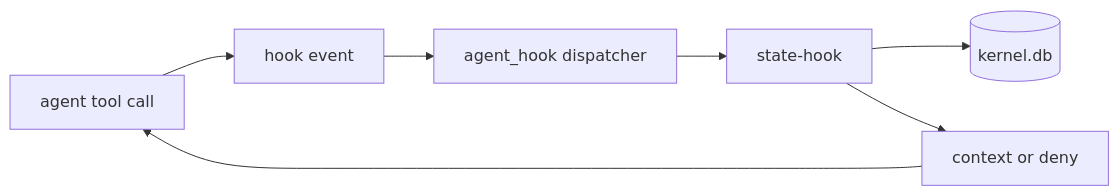
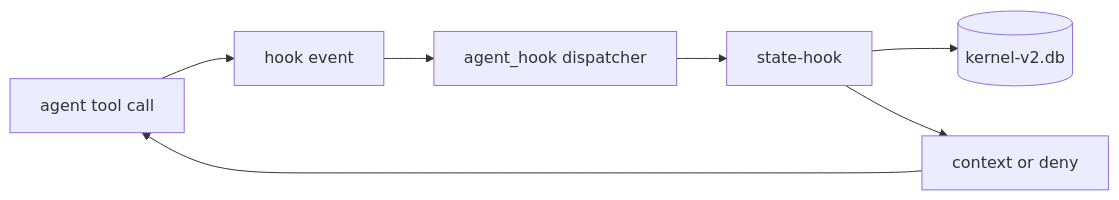
The diagram in docs/adr/0016-hooks-drive-the-state-record.md (ILIYANGERMANOV/nixos), drawn with Mermaid before and after one commit. The commit also changed 218 other files, not shown here.

````diff
--- a/docs/adr/0016-hooks-drive-the-state-record.md
+++ b/docs/adr/0016-hooks-drive-the-state-record.md
@@ -9,9 +9,9 @@
 ```mermaid
 flowchart LR
   A[agent tool call] --> H[hook event]
   H --> D[agent_hook dispatcher]
   D --> S[state-hook]
-  S --> K[(kernel.db)]
+  S --> K[(kernel-v2.db)]
   S --> C[context or deny]
   C --> A
 ```
````
